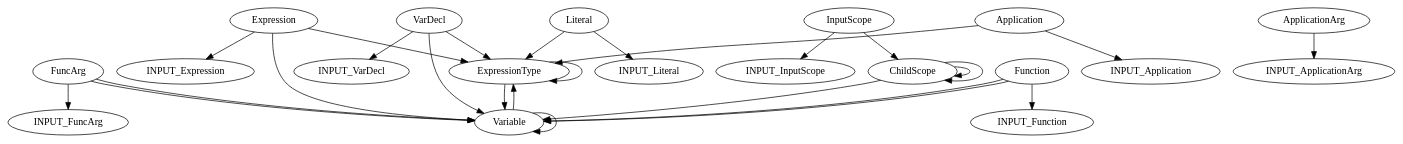
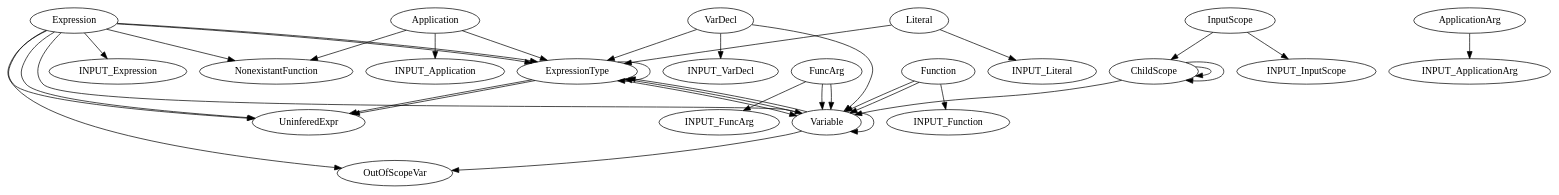
Before and after one commit to Kixiron/nectarine: the diagram in typecheck_ddlog/typecheck.dot, drawn with Graphviz. The commit also changed 43 other files, not shown here.

```diff
--- a/typecheck_ddlog/typecheck.dot
+++ b/typecheck_ddlog/typecheck.dot
@@ -1,47 +1,60 @@
 digraph {
     0 [label=Application];
     1 [label=ApplicationArg];
     2 [label=ChildScope];
     3 [label=Expression];
     4 [label=ExpressionType];
     5 [label=FuncArg];
     6 [label=Function];
     7 [label=INPUT_Application];
     8 [label=INPUT_ApplicationArg];
     9 [label=INPUT_Expression];
     10 [label=INPUT_FuncArg];
     11 [label=INPUT_Function];
     12 [label=INPUT_InputScope];
     13 [label=INPUT_Literal];
     14 [label=INPUT_VarDecl];
     15 [label=InputScope];
     16 [label=Literal];
-    17 [label=VarDecl];
-    18 [label=Variable];
+    17 [label=NonexistantFunction];
+    18 [label=OutOfScopeVar];
+    19 [label=UninferedExpr];
+    20 [label=VarDecl];
+    21 [label=Variable];
     0 -> 4;
     0 -> 7;
+    0 -> 17;
     1 -> 8;
     2 -> 2;
     2 -> 2;
-    2 -> 18;
+    2 -> 21;
+    3 -> 4;
     3 -> 4;
     3 -> 9;
+    3 -> 17;
     3 -> 18;
+    3 -> 19;
+    3 -> 19;
+    3 -> 21;
     4 -> 4;
-    4 -> 18;
+    4 -> 19;
+    4 -> 19;
+    4 -> 21;
     5 -> 10;
-    5 -> 18;
-    5 -> 18;
+    5 -> 21;
+    5 -> 21;
     6 -> 11;
-    6 -> 18;
-    6 -> 18;
+    6 -> 21;
+    6 -> 21;
     15 -> 2;
     15 -> 12;
     16 -> 4;
     16 -> 13;
-    17 -> 4;
-    17 -> 14;
-    17 -> 18;
-    18 -> 4;
-    18 -> 18;
+    20 -> 4;
+    20 -> 14;
+    20 -> 21;
+    21 -> 4;
+    21 -> 4;
+    21 -> 18;
+    21 -> 21;
 }
```
